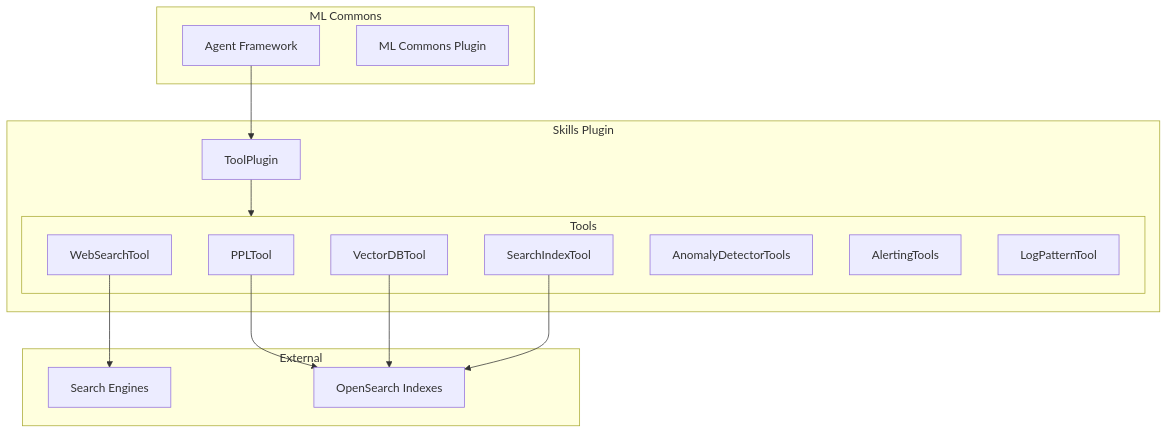
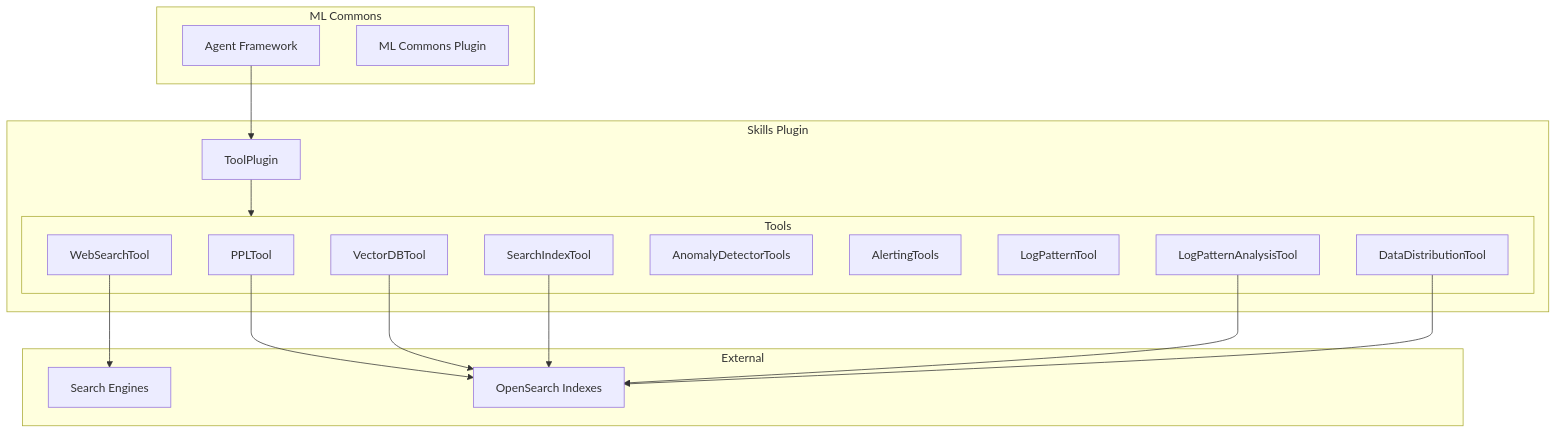
Before and after one commit to tkykenmt/opensearch-feature-explorer: the diagram in docs/features/skills/skills-tools.md, drawn with Mermaid. The commit also changed other lines of this file and 2 other files, not shown here.

````diff
--- a/docs/features/skills/skills-tools.md
+++ b/docs/features/skills/skills-tools.md
@@ -11,32 +11,36 @@
 ```mermaid
 graph TB
     subgraph ML Commons
         Agent[Agent Framework]
         MLCommons[ML Commons Plugin]
     end
     
     subgraph Skills Plugin
         ToolPlugin[ToolPlugin]
         subgraph Tools
             PPL[PPLTool]
             VDB[VectorDBTool]
             WST[WebSearchTool]
             SI[SearchIndexTool]
             AD[AnomalyDetectorTools]
             Alert[AlertingTools]
             Log[LogPatternTool]
+            LPA[LogPatternAnalysisTool]
+            DDT[DataDistributionTool]
         end
     end
     
     subgraph External
         Search[Search Engines]
         Index[OpenSearch Indexes]
     end
     
     Agent --> ToolPlugin
     ToolPlugin --> Tools
     WST --> Search
     PPL --> Index
     VDB --> Index
     SI --> Index
+    LPA --> Index
+    DDT --> Index
 ```
````
